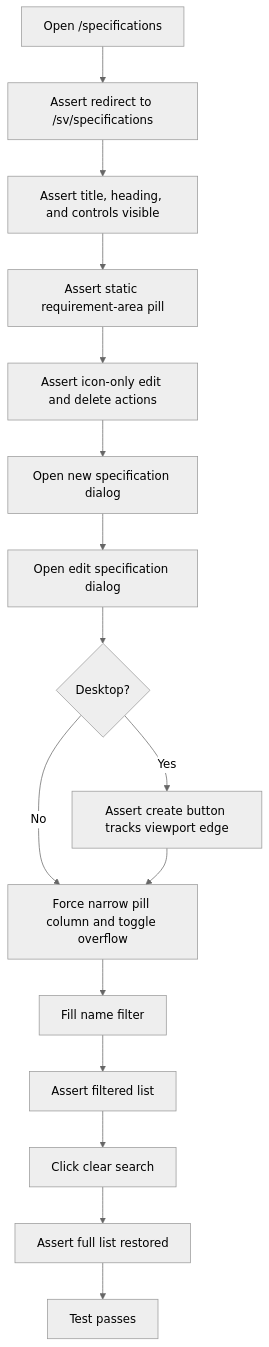
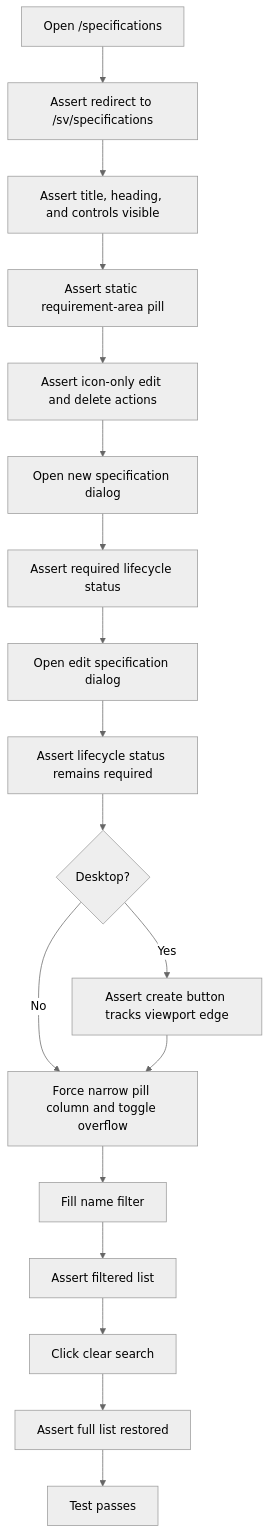
One commit to viscalyx/Kravhantering changed the first of 3 diagrams in tests/integration/specifications-list.md. Above: the diagram before and after it, drawn with Mermaid (neutral theme). The commit also changed other lines of this file and 19 other files, not shown here.

Commit message:
fix: require specification lifecycle status in creation and updates, enhance related validations and documentation

````diff
--- a/tests/integration/specifications-list.md
+++ b/tests/integration/specifications-list.md
@@ -17,18 +17,20 @@
 ```mermaid
 flowchart TD
     A[Open /specifications] --> A1[Assert redirect to /sv/specifications]
     A1 --> B[Assert title, heading, and controls visible]
     B --> B1[Assert static requirement-area pill]
     B1 --> B2[Assert icon-only edit and delete actions]
     B2 --> B3[Open new specification dialog]
-    B3 --> B4[Open edit specification dialog]
-    B4 --> C{Desktop?}
+    B3 --> B4[Assert required lifecycle status]
+    B4 --> B5[Open edit specification dialog]
+    B5 --> B6[Assert lifecycle status remains required]
+    B6 --> C{Desktop?}
     C -- Yes --> D[Assert create button tracks viewport edge]
-    C -- No --> B5[Force narrow pill column and toggle overflow]
-    D --> B5
-    B5 --> E[Fill name filter]
+    C -- No --> B7[Force narrow pill column and toggle overflow]
+    D --> B7
+    B7 --> E[Fill name filter]
     E --> F[Assert filtered list]
     F --> G[Click clear search]
     G --> H[Assert full list restored]
     H --> I[Test passes]
 ```
````
